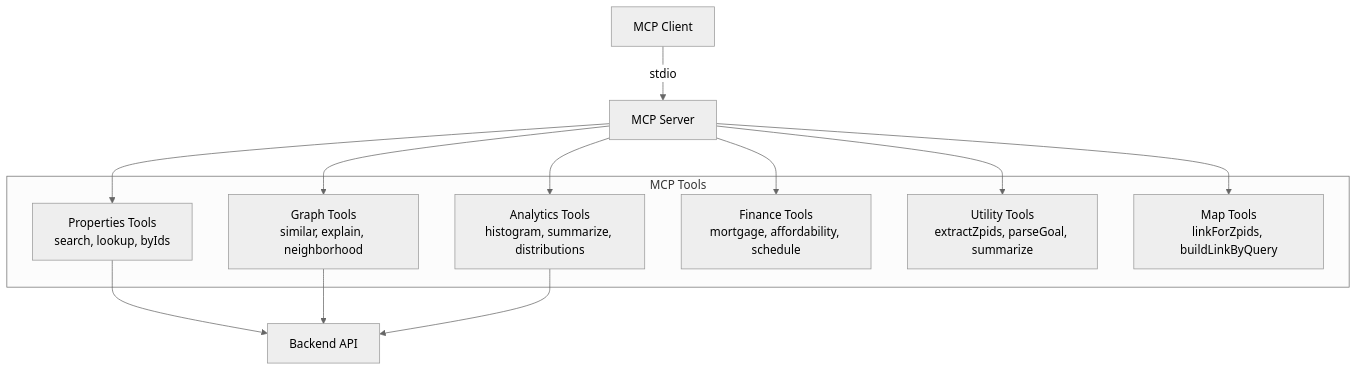
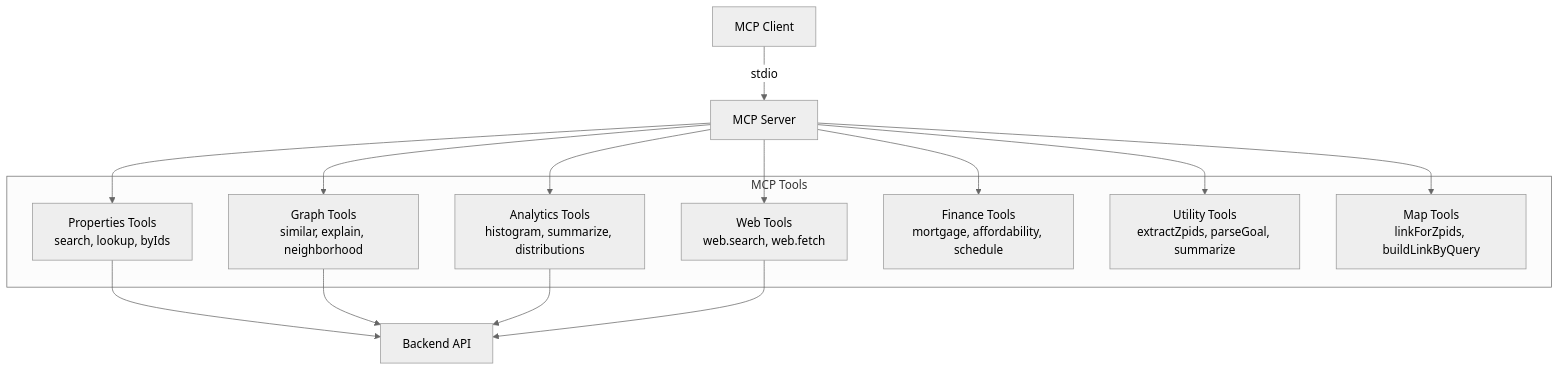
Before and after one commit to hoangsonww/EstateWise-Chapel-Hill-Chatbot: diagram 11 of 31 in ARCHITECTURE.md, drawn with Mermaid (neutral theme). The commit also changed other lines of this file and 17 other files, not shown here.

Commit message:
feat(web): add web search and fetch tools for internet research capabilities

````diff
--- a/ARCHITECTURE.md
+++ b/ARCHITECTURE.md
@@ -469,23 +469,26 @@
 ```mermaid
 flowchart TB
   subgraph "MCP Tools"
     Props[Properties Tools<br/>search, lookup, byIds]
     Graph[Graph Tools<br/>similar, explain, neighborhood]
     Analytics[Analytics Tools<br/>histogram, summarize, distributions]
+    Web[Web Tools<br/>web.search, web.fetch]
     Finance[Finance Tools<br/>mortgage, affordability, schedule]
     Utils[Utility Tools<br/>extractZpids, parseGoal, summarize]
     Map[Map Tools<br/>linkForZpids, buildLinkByQuery]
   end
 
   Client[MCP Client] -->|stdio| Server[MCP Server]
   Server --> Props
   Server --> Graph
   Server --> Analytics
+  Server --> Web
   Server --> Finance
   Server --> Utils
   Server --> Map
 
   Props --> API[Backend API]
   Graph --> API
   Analytics --> API
+  Web --> API
 ```
````
